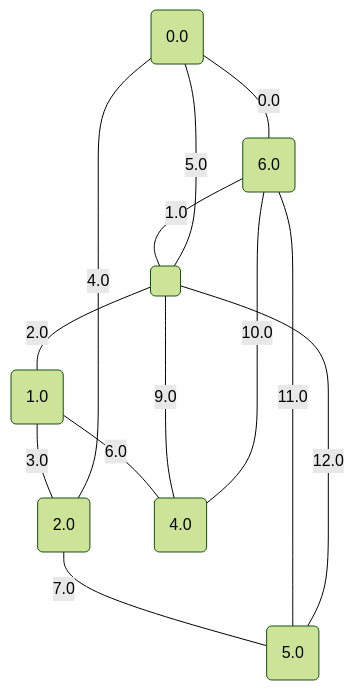
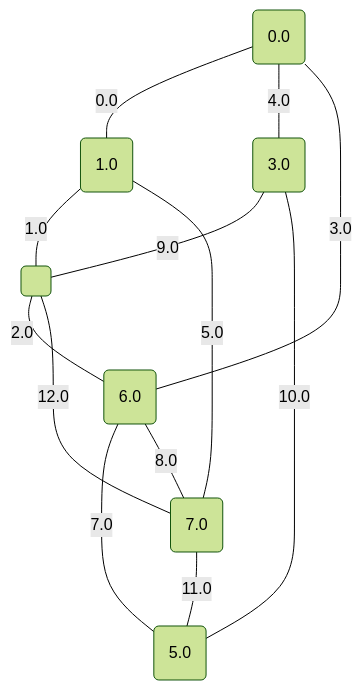
One commit to metury/graphs changed the seventh of 17 diagrams in project/src/testing/minCutPetersen.md. Above: the diagram before and after it, drawn with Mermaid (forest theme). The commit also changed other lines of this file and 50 other files, not shown here.

````diff
--- a/project/src/testing/minCutPetersen.md
+++ b/project/src/testing/minCutPetersen.md
@@ -191,22 +191,22 @@
 ```mermaid
 graph TD;
 0("0.0");
 1("1.0");
-2("2.0");
-3("4.0");
-4("5.0");
-5("6.0");
+2("3.0");
+3("5.0");
+4("6.0");
+5("7.0");
 6(" ");
-	0 -- "0.0" --- 5;
-	5 -- "1.0" --- 6;
-	6 -- "2.0" --- 1;
-	1 -- "3.0" --- 2;
-	2 -- "4.0" --- 0;
-	0 -- "5.0" --- 6;
-	1 -- "6.0" --- 3;
-	2 -- "7.0" --- 4;
-	6 -- "9.0" --- 3;
-	5 -- "10.0" --- 3;
-	5 -- "11.0" --- 4;
-	6 -- "12.0" --- 4;
+	0 -- "0.0" --- 1;
+	1 -- "1.0" --- 6;
+	6 -- "2.0" --- 4;
+	4 -- "3.0" --- 0;
+	0 -- "4.0" --- 2;
+	1 -- "5.0" --- 5;
+	4 -- "7.0" --- 3;
+	4 -- "8.0" --- 5;
+	2 -- "9.0" --- 6;
+	2 -- "10.0" --- 3;
+	5 -- "11.0" --- 3;
+	6 -- "12.0" --- 5;
 ```
````
